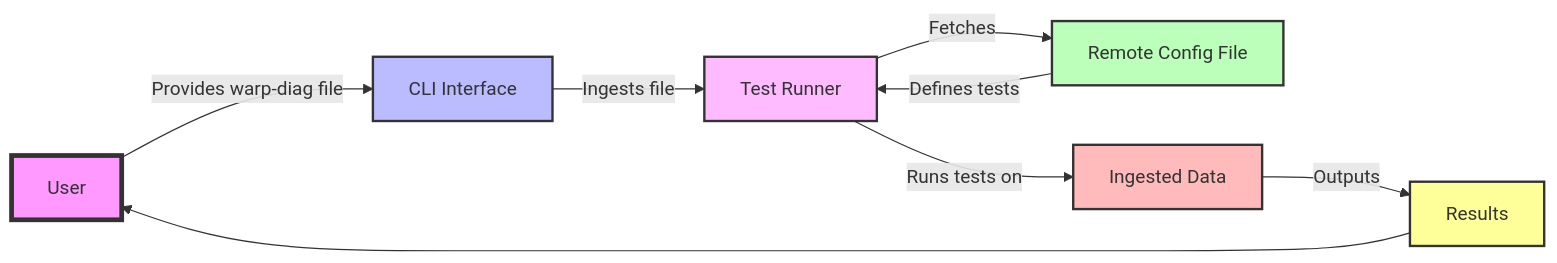
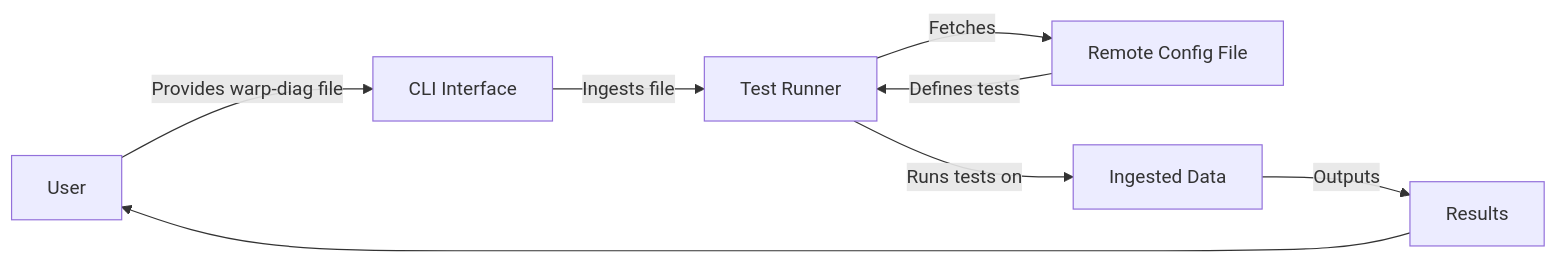
One commit to peakefficiency/warp-diag-checker changed the diagram in README.md. Above: the diagram before and after it, drawn with Mermaid.

````diff
--- a/README.md
+++ b/README.md
@@ -12,17 +12,10 @@
 ```mermaid
 flowchart LR
     A[User] -- Provides warp-diag file --> B[CLI Interface]
     B -- Ingests file --> C[Test Runner]
     C -- Fetches --> D[Remote Config File]
     D -- Defines tests --> C
     C -- Runs tests on --> E[Ingested Data]
     E -- Outputs --> F[Results]
     F --> A
-
-    style A fill:#f9f,stroke:#333,stroke-width:4px
-    style B fill:#bbf,stroke:#333,stroke-width:2px
-    style C fill:#fbf,stroke:#333,stroke-width:2px
-    style D fill:#bfb,stroke:#333,stroke-width:2px
-    style E fill:#fbb,stroke:#333,stroke-width:2px
-    style F fill:#ff9,stroke:#333,stroke-width:2px
 ```
````
